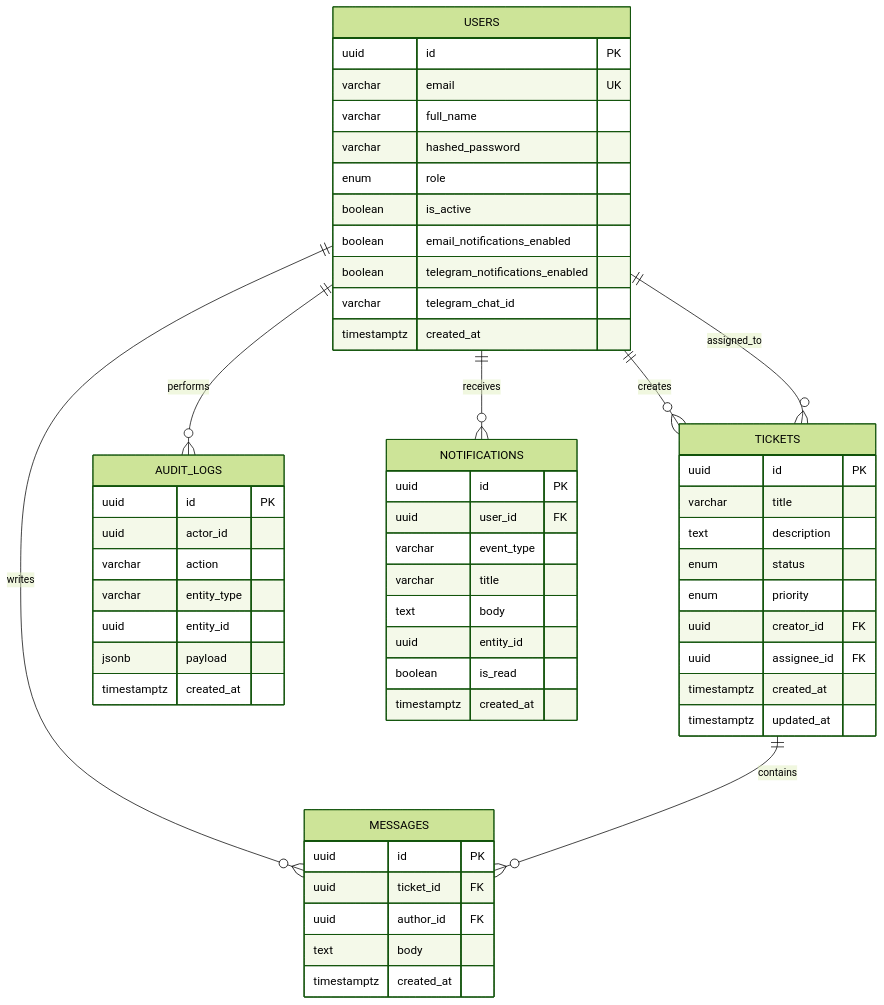
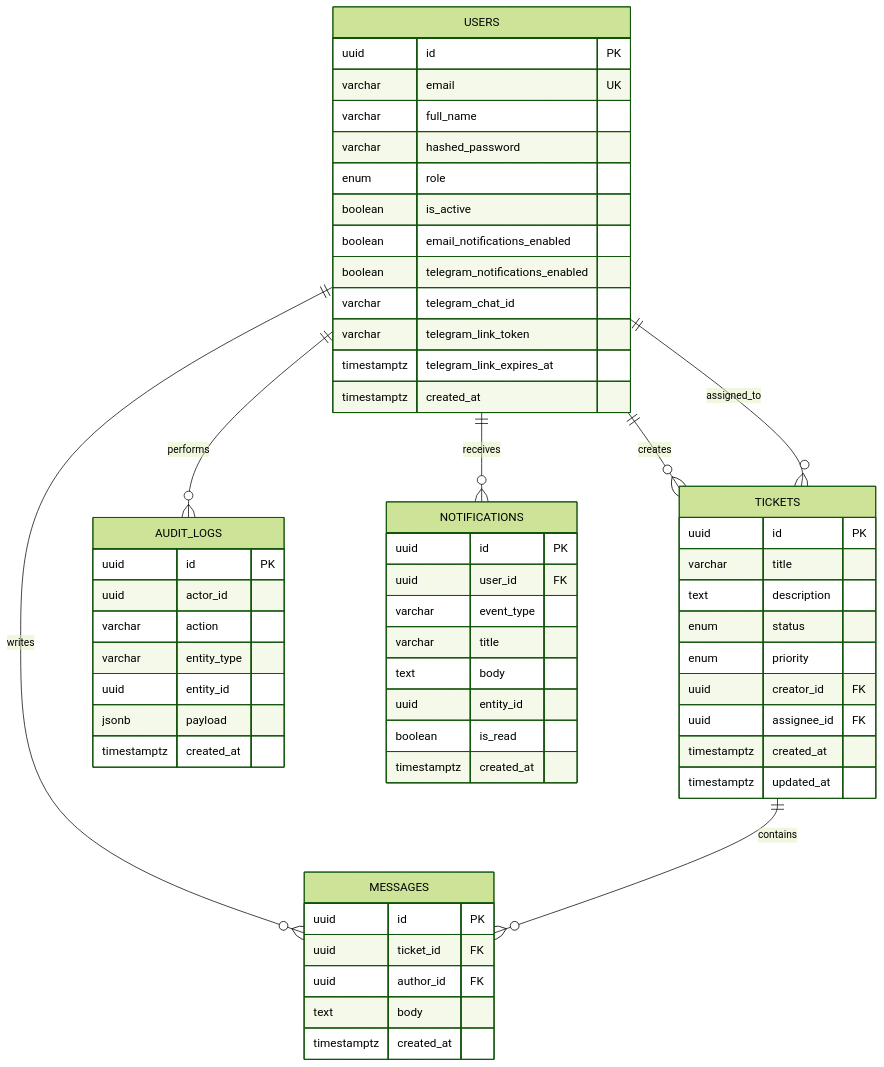
The diagram in docs/database.md (Alexandch/helpdesk-system), drawn with Mermaid (forest theme) before and after one commit. The commit also changed other lines of this file and 13 other files, not shown here.

````diff
--- a/docs/database.md
+++ b/docs/database.md
@@ -5,63 +5,65 @@
 ```mermaid
 erDiagram
     USERS ||--o{ TICKETS : creates
     USERS ||--o{ TICKETS : assigned_to
     USERS ||--o{ MESSAGES : writes
     TICKETS ||--o{ MESSAGES : contains
     USERS ||--o{ AUDIT_LOGS : performs
     USERS ||--o{ NOTIFICATIONS : receives
 
     USERS {
         uuid id PK
         varchar email UK
         varchar full_name
         varchar hashed_password
         enum role
         boolean is_active
         boolean email_notifications_enabled
         boolean telegram_notifications_enabled
         varchar telegram_chat_id
+        varchar telegram_link_token
+        timestamptz telegram_link_expires_at
         timestamptz created_at
     }
 
     TICKETS {
         uuid id PK
         varchar title
         text description
         enum status
         enum priority
         uuid creator_id FK
         uuid assignee_id FK
         timestamptz created_at
         timestamptz updated_at
     }
 
     MESSAGES {
         uuid id PK
         uuid ticket_id FK
         uuid author_id FK
         text body
         timestamptz created_at
     }
 
     AUDIT_LOGS {
         uuid id PK
         uuid actor_id
         varchar action
         varchar entity_type
         uuid entity_id
         jsonb payload
         timestamptz created_at
     }
 
     NOTIFICATIONS {
         uuid id PK
         uuid user_id FK
         varchar event_type
         varchar title
         text body
         uuid entity_id
         boolean is_read
         timestamptz created_at
     }
 ```
````
